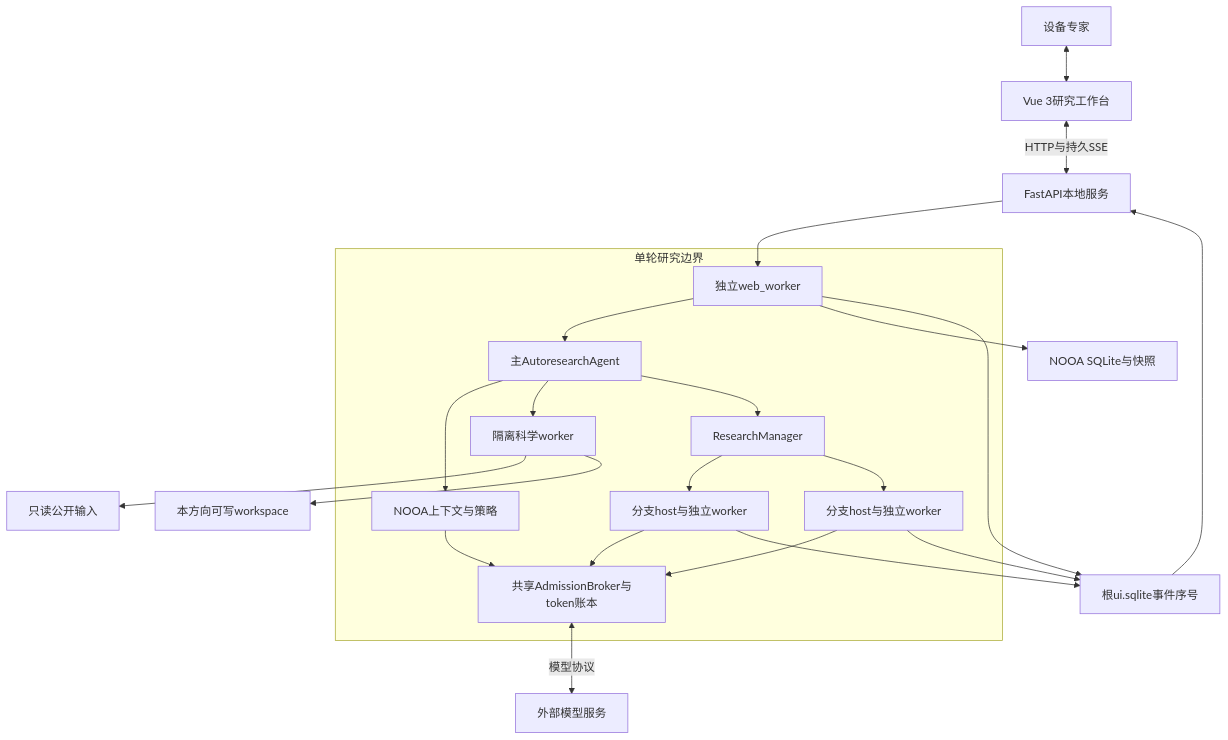
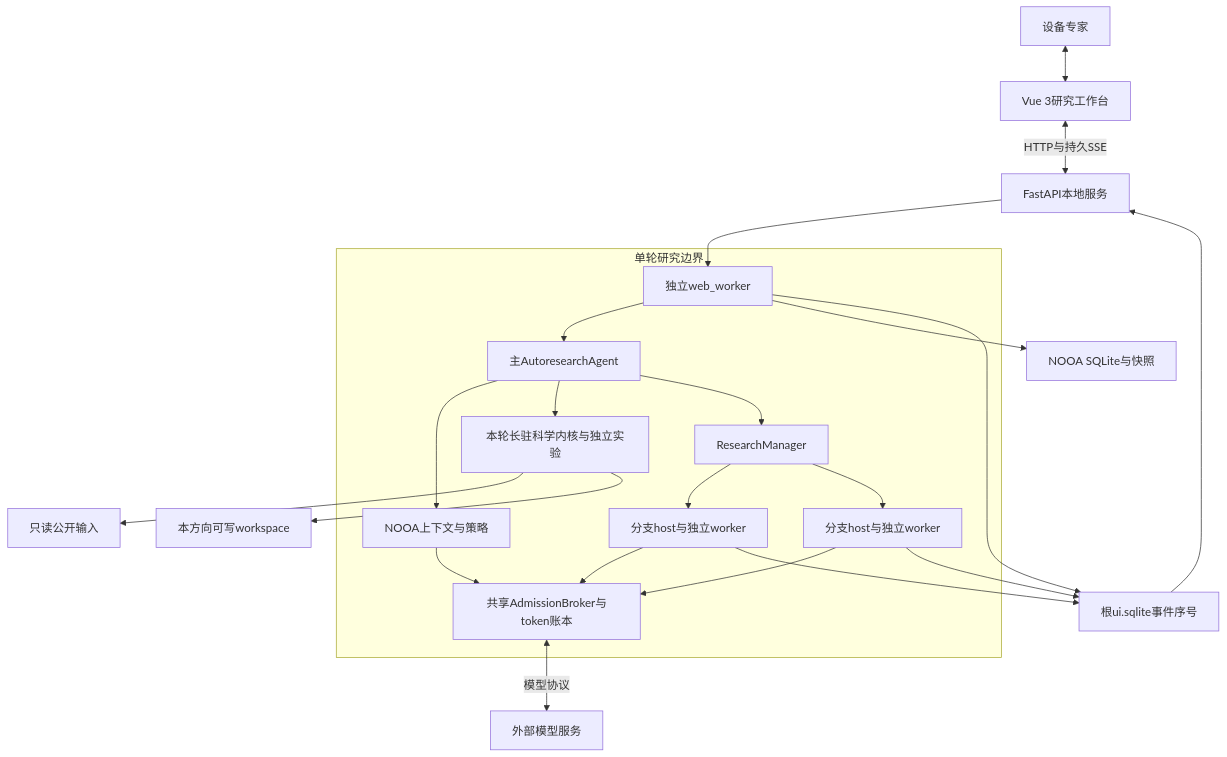
One commit to pty819/nooa-etching-rca changed the diagram in docs/sphinx/diagrams/context.mmd. Above: the diagram before and after it, drawn with Mermaid. The commit also changed 29 other files, not shown here.

```diff
--- a/docs/sphinx/diagrams/context.mmd
+++ b/docs/sphinx/diagrams/context.mmd
@@ -1,23 +1,23 @@
 flowchart TB
   E[设备专家] <--> U[Vue 3研究工作台]
   U <-->|HTTP与持久SSE| W[FastAPI本地服务]
   W --> P[独立web_worker]
   subgraph M[单轮研究边界]
     P --> A[主AutoresearchAgent]
     A --> N[NOOA上下文与策略]
-    A --> X[隔离科学worker]
+    A --> X[本轮长驻科学内核与独立实验]
     A --> C[ResearchManager]
     C --> B1[分支host与独立worker]
     C --> B2[分支host与独立worker]
     N --> G[共享AdmissionBroker与token账本]
     B1 --> G
     B2 --> G
   end
   G <-->|模型协议| L[外部模型服务]
   X --> I[只读公开输入]
   X --> O[本方向可写workspace]
   P --> D[NOOA SQLite与快照]
   P --> S[根ui.sqlite事件序号]
   B1 --> S
   B2 --> S
   S --> W
```
